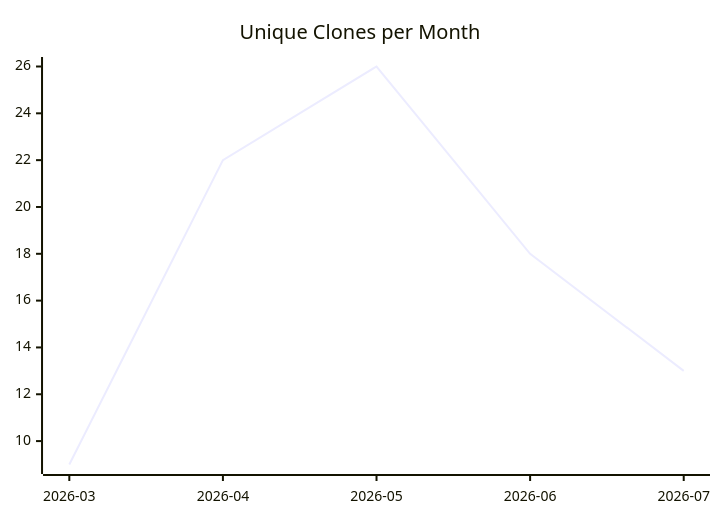
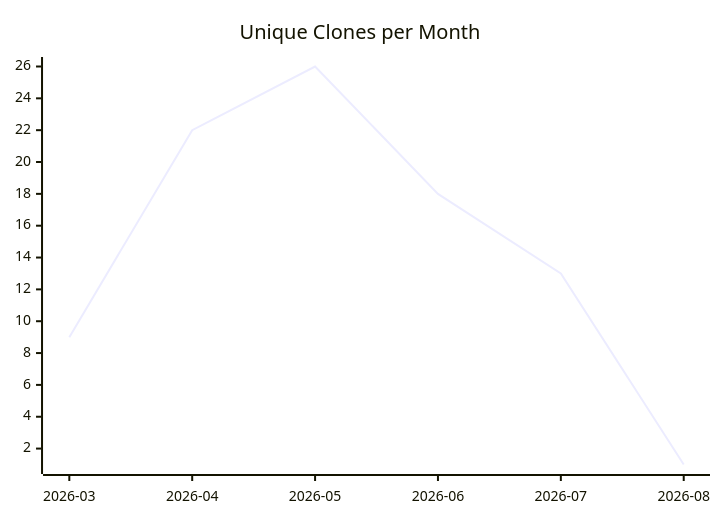
The third of 3 diagrams in karlmdavis/lego-ev3dev-rs/README.md (justdavis-family/github-analytics-data), drawn with Mermaid before and after one commit. The commit also changed other lines of this file and 132 other files, not shown here.

````diff
--- a/karlmdavis/lego-ev3dev-rs/README.md
+++ b/karlmdavis/lego-ev3dev-rs/README.md
@@ -19,6 +19,6 @@
 ```mermaid
 xychart-beta
   title "Unique Clones per Month"
-  x-axis ["2026-03", "2026-04", "2026-05", "2026-06", "2026-07"]
-  line [9, 22, 26, 18, 13]
+  x-axis ["2026-03", "2026-04", "2026-05", "2026-06", "2026-07", "2026-08"]
+  line [9, 22, 26, 18, 13, 1]
 ```
````
